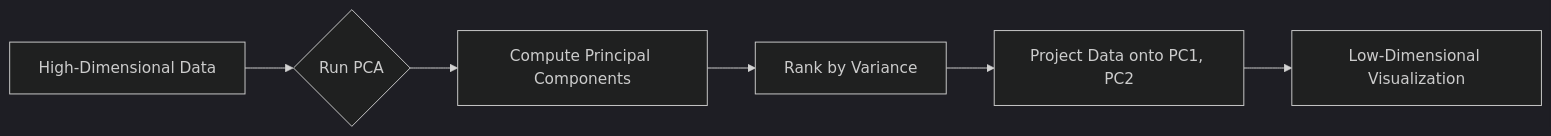
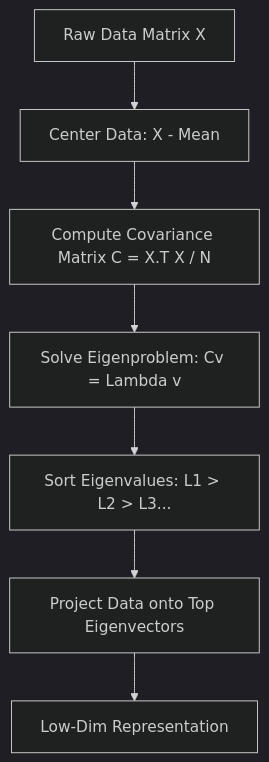
The diagram in docs/chapters/chapter-16/essay.md (bigbook-of-computing/foundation), drawn with Mermaid (dark theme) before and after one commit. The commit also changed other lines of this file and 52 other files, not shown here.

````diff
--- a/docs/chapters/chapter-16/essay.md
+++ b/docs/chapters/chapter-16/essay.md
@@ -70,8 +44,9 @@
 ```mermaid
-flowchart LR
-    A[High-Dimensional Data] --> B{Run PCA}
-    B --> C[Compute Principal Components]
-    C --> D[Rank by Variance]
-    D --> E[Project Data onto PC1, PC2]
-    E --> F[Low-Dimensional Visualization]
+graph TD
+    A[Raw Data Matrix X] --> B[Center Data: X - Mean]
+    B --> C[Compute Covariance Matrix C = X.T X / N]
+    C --> D[Solve Eigenproblem: Cv = Lambda v]
+    D --> E[Sort Eigenvalues: L1 > L2 > L3...]
+    E --> F[Project Data onto Top Eigenvectors]
+    F --> G[Low-Dim Representation]
 ```
````
